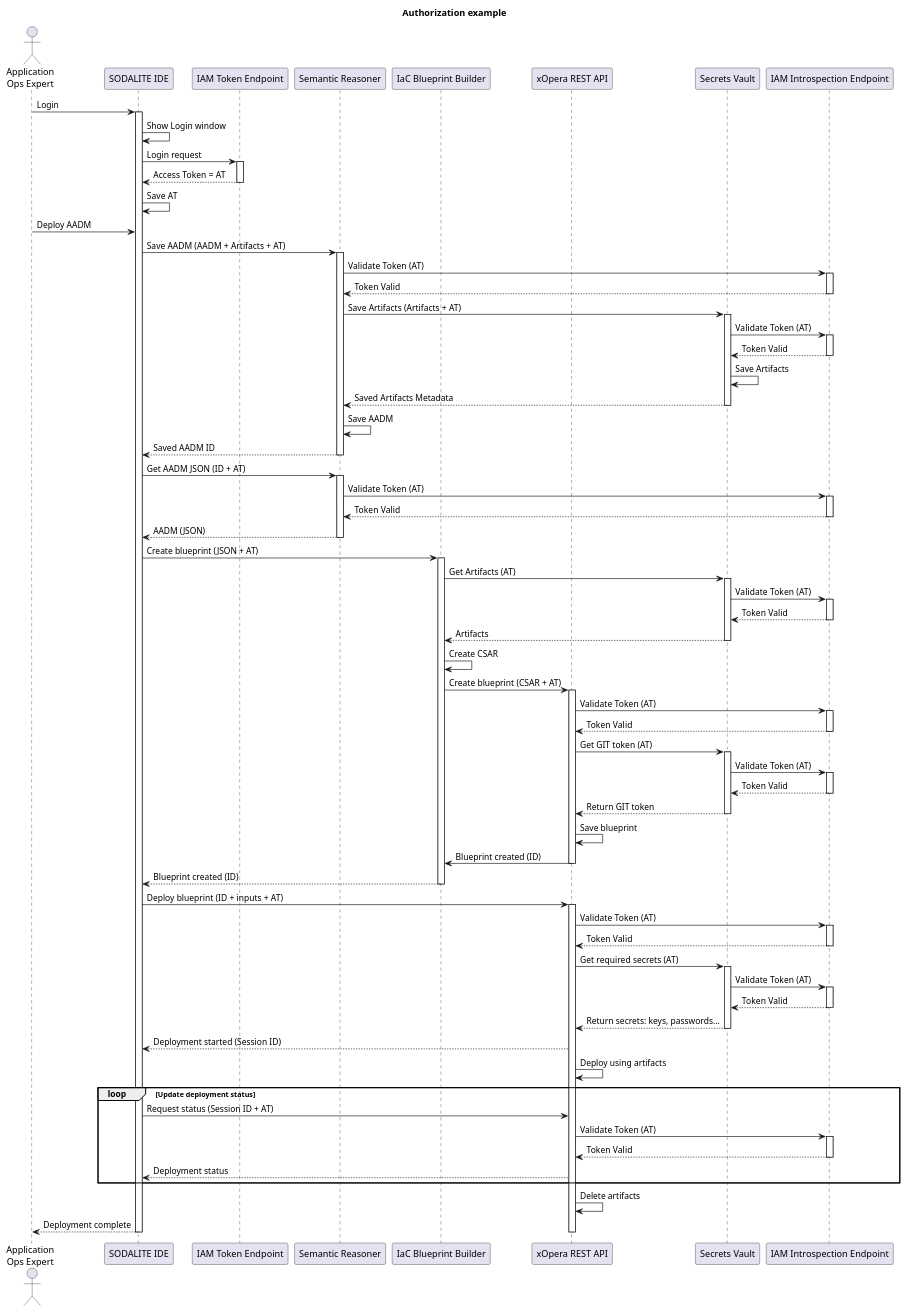
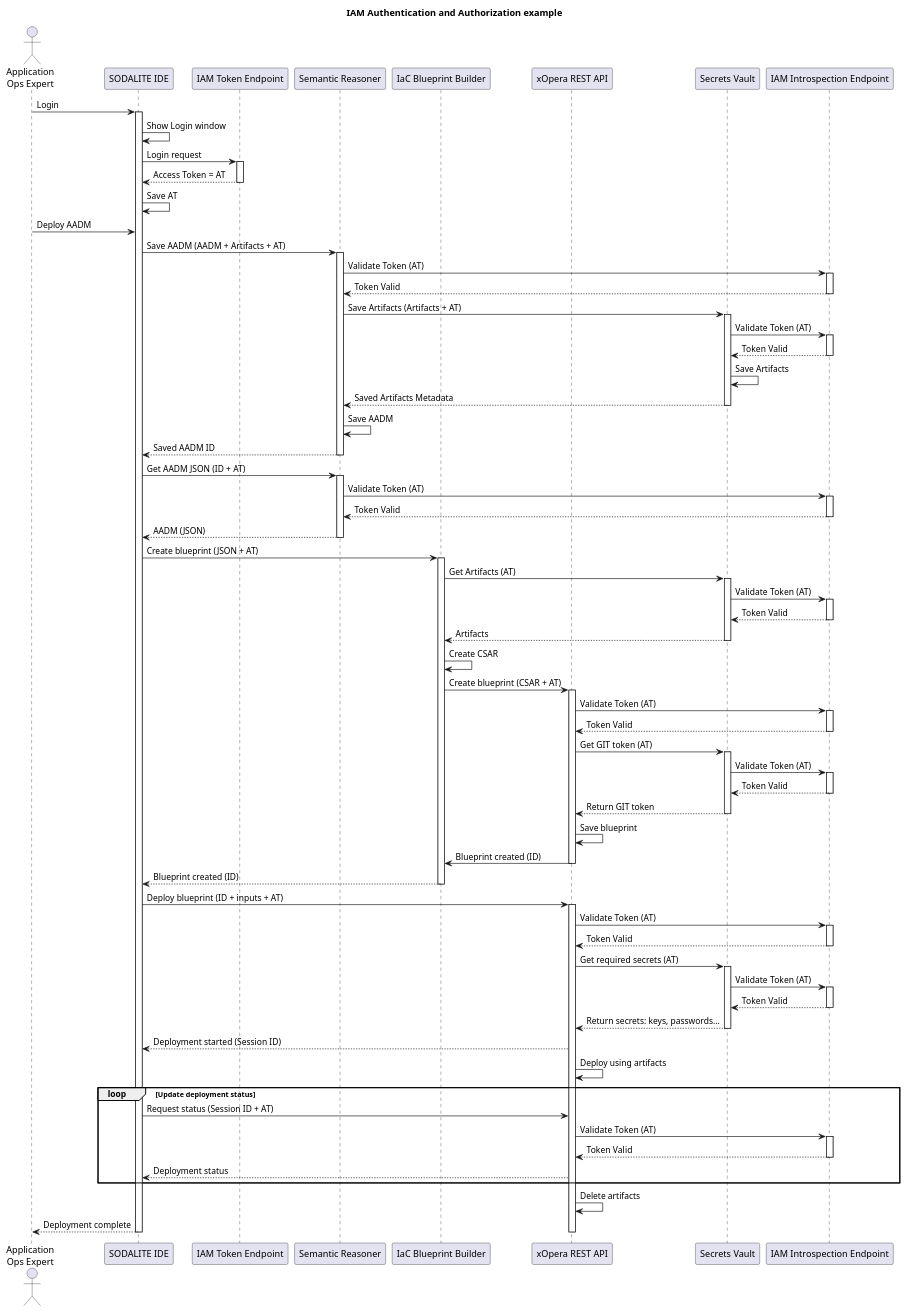
Before and after one commit to SODALITE-EU/project-wide-documentation: the diagram in uml/sequence-diagrams/auth/Pipeline-AuthN-AuthZ.puml, drawn with PlantUML.

Commit message:
Title change to better describe the diagram

```diff
--- a/uml/sequence-diagrams/auth/Pipeline-AuthN-AuthZ.puml
+++ b/uml/sequence-diagrams/auth/Pipeline-AuthN-AuthZ.puml
@@ -1,119 +1,119 @@
 @startuml
 
-title Authorization example
+title IAM Authentication and Authorization example
 
 actor "Application\nOps Expert" as ops
 participant "SODALITE IDE" as editor
 participant "IAM Token Endpoint" as keya
 participant "Semantic Reasoner" as reasoner
 participant "IaC Blueprint Builder" as builder
 participant "xOpera REST API" as xopera
 participant "Secrets Vault" as vault
 participant "IAM Introspection Endpoint" as keyt
 
 ops->editor: Login
 activate editor
 editor->editor: Show Login window
 editor->keya: Login request
 activate keya
 keya-->editor: Access Token = AT
 deactivate keya
 editor->editor: Save AT
 
 ops->editor: Deploy AADM
 editor->reasoner: Save AADM (AADM + Artifacts + AT)
 activate reasoner
 reasoner->keyt: Validate Token (AT)
 activate keyt
 keyt-->reasoner: Token Valid
 deactivate keyt
 reasoner->vault: Save Artifacts (Artifacts + AT)
 activate vault
 vault->keyt: Validate Token (AT)
 activate keyt
 keyt-->vault: Token Valid
 deactivate keyt
 vault->vault: Save Artifacts
 vault-->reasoner: Saved Artifacts Metadata
 deactivate vault
 reasoner-> reasoner: Save AADM
 reasoner-->editor: Saved AADM ID
 deactivate reasoner
 
 
 editor->reasoner: Get AADM JSON (ID + AT)
 activate reasoner
 reasoner->keyt: Validate Token (AT)
 activate keyt
 keyt-->reasoner: Token Valid
 deactivate keyt
 reasoner-->editor: AADM (JSON)
 deactivate reasoner
 
 
 
 editor->builder: Create blueprint (JSON + AT)
 activate builder
 builder->vault: Get Artifacts (AT)
 activate vault
 vault->keyt: Validate Token (AT)
 activate keyt
 keyt-->vault: Token Valid
 deactivate keyt
 vault-->builder: Artifacts
 deactivate vault
 builder->builder: Create CSAR
 builder->xopera: Create blueprint (CSAR + AT)
 activate xopera
 xopera->keyt: Validate Token (AT)
 activate keyt
 keyt-->xopera: Token Valid
 deactivate keyt
 xopera->vault: Get GIT token (AT)
 activate vault
 vault->keyt: Validate Token (AT)
 activate keyt
 keyt-->vault: Token Valid
 deactivate keyt
 vault-->xopera: Return GIT token
 deactivate vault
 
 xopera->xopera: Save blueprint
 xopera->builder: Blueprint created (ID)
 deactivate xopera
 builder-->editor: Blueprint created (ID)
 deactivate builder
 
 
 editor->xopera: Deploy blueprint (ID + inputs + AT)
 activate xopera
 xopera->keyt: Validate Token (AT)
 activate keyt
 keyt-->xopera: Token Valid
 deactivate keyt
 xopera->vault: Get required secrets (AT)
 activate vault
 vault->keyt: Validate Token (AT)
 activate keyt
 keyt-->vault: Token Valid
 deactivate keyt
 vault-->xopera: Return secrets: keys, passwords...
 deactivate vault
 xopera-->editor: Deployment started (Session ID)
 xopera->xopera: Deploy using artifacts
 loop Update deployment status
     editor->xopera: Request status (Session ID + AT)
     xopera->keyt: Validate Token (AT)
     activate keyt
     keyt-->xopera: Token Valid
     deactivate keyt
     xopera-->editor: Deployment status
 end        
 xopera->xopera: Delete artifacts
 editor-->ops: Deployment complete
 deactivate xopera
 deactivate editor
 
 
 
 @enduml
```
